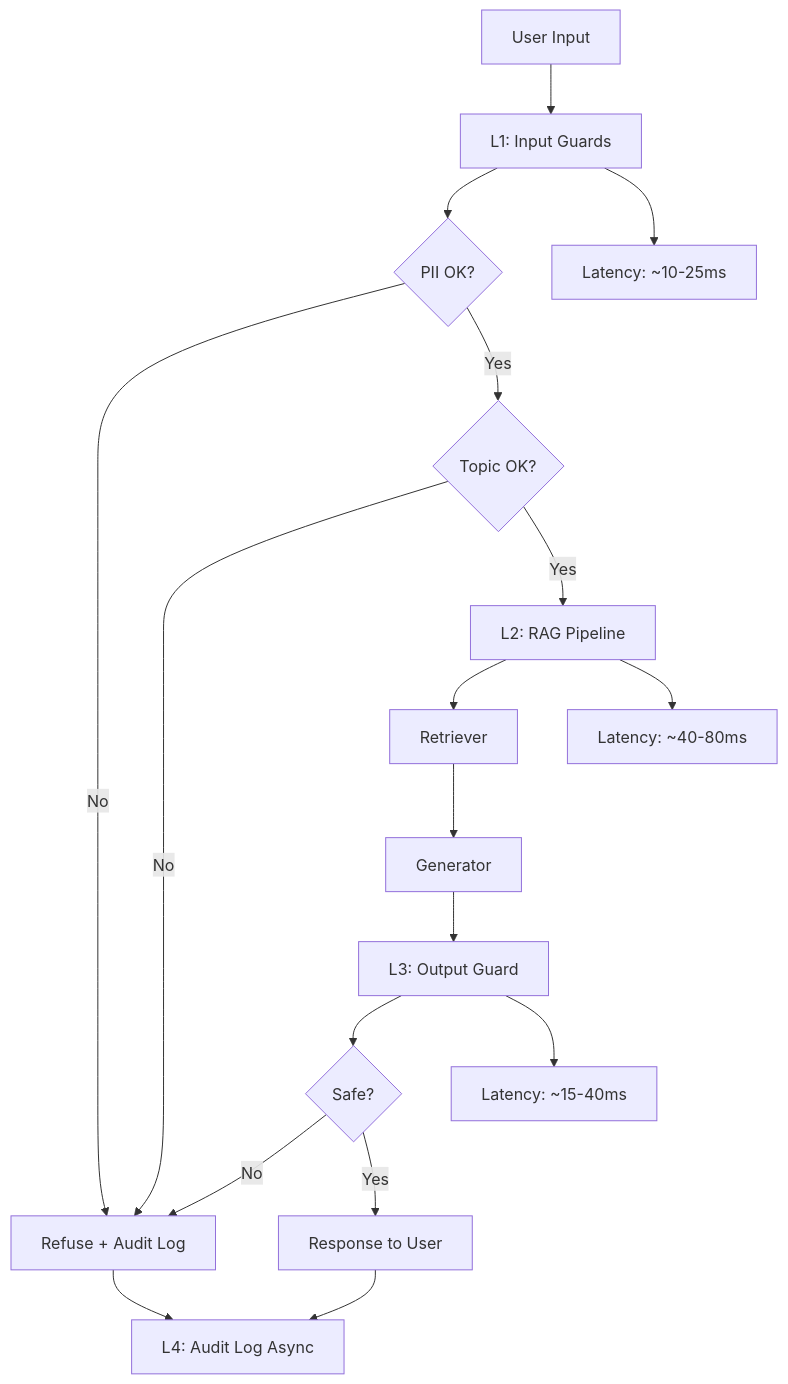
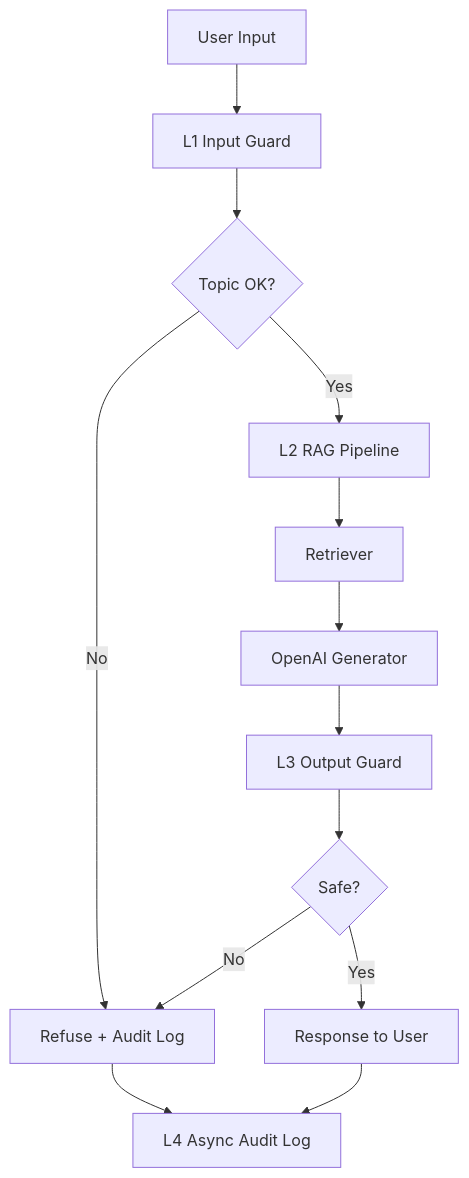
Before and after one commit to AnhLD2809/lab24-eval-guardrails-LeDuyAnh: the diagram in phase-d/blueprint.md, drawn with Mermaid. The commit also changed other lines of this file and 24 other files, not shown here.

````diff
--- a/phase-d/blueprint.md
+++ b/phase-d/blueprint.md
@@ -113,20 +28,15 @@
 ```mermaid
 graph TD
-    A[User Input] --> B[L1: Input Guards]
-    B --> C{PII OK?}
+    A[User Input] --> B[L1 Input Guard]
+    B --> C{Topic OK?}
     C -->|No| Z[Refuse + Audit Log]
-    C -->|Yes| D{Topic OK?}
-    D -->|No| Z
-    D -->|Yes| E[L2: RAG Pipeline]
-    E --> F[Retriever]
-    F --> G[Generator]
-    G --> H[L3: Output Guard]
-    H --> I{Safe?}
-    I -->|No| Z
-    I -->|Yes| J[Response to User]
-    B --> K[Latency: ~10-25ms]
-    E --> L[Latency: ~40-80ms]
-    H --> M[Latency: ~15-40ms]
-    Z --> N[L4: Audit Log Async]
-    J --> N
+    C -->|Yes| D[L2 RAG Pipeline]
+    D --> E[Retriever]
+    E --> F[OpenAI Generator]
+    F --> G[L3 Output Guard]
+    G --> H{Safe?}
+    H -->|No| Z
+    H -->|Yes| I[Response to User]
+    I --> J[L4 Async Audit Log]
+    Z --> J
 ```
````
